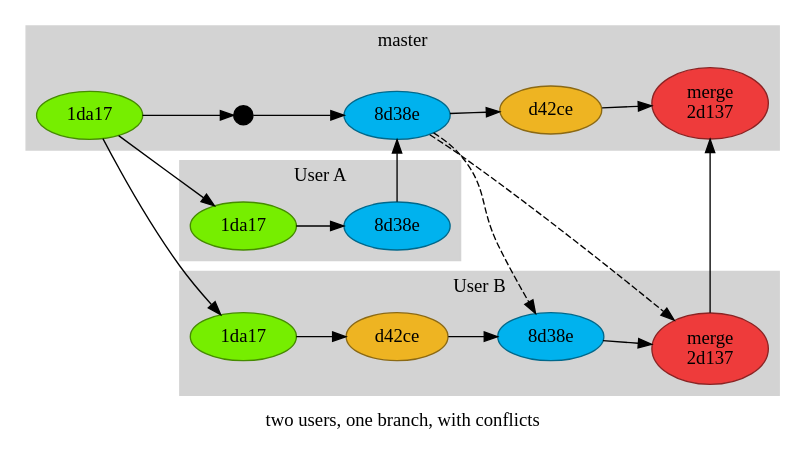
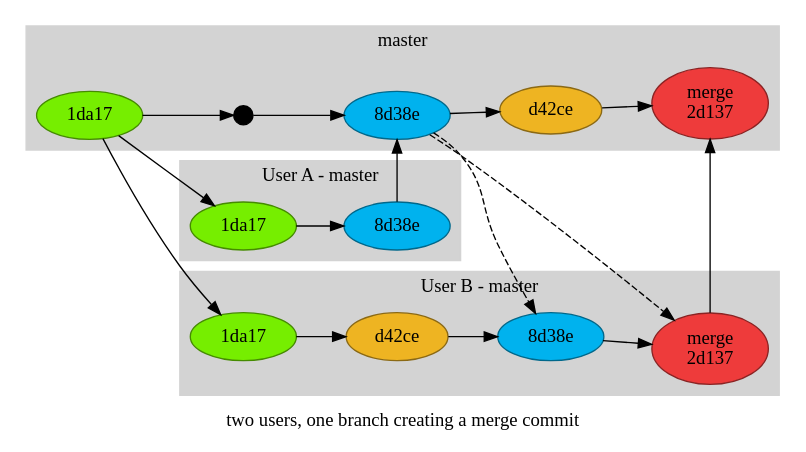
Before and after one commit to 13rac1/talk-git2: the diagram in graphs/incorrect-with-conflict2.dot, drawn with Graphviz. The commit also changed 2 other files, not shown here.

Commit message:
feat: Add example showing rebasing with two feature branches

```diff
--- a/graphs/incorrect-with-conflict2.dot
+++ b/graphs/incorrect-with-conflict2.dot
@@ -1,41 +1,41 @@
 digraph git {
 	rankdir=LR
-	label="two users, one branch, with conflicts"
+	label="two users, one branch creating a merge commit"
 	node [style=filled]
 
 	subgraph cluster_master {
 		label = "master"
 		style=filled
 		color=lightgrey
 
 		m0 -> m1 -> m2 -> m3 -> m4
 		m0 [label="1da17", color=chartreuse4, fillcolor=chartreuse2]
 		m1 [shape=point, height=.2, width=.2]
 		m2 [label="8d38e", color=deepskyblue4, fillcolor=deepskyblue2]
 		m3 [label="d42ce", color=goldenrod4, fillcolor=goldenrod2]
 		m4 [label="merge\n2d137", color=brown4, fillcolor=brown2]
 	}
 	subgraph cluster_0 {
-		label="User A"
+		label="User A - master"
 		style=filled
 		color=lightgrey
 
 		a0 [label="1da17", color=chartreuse4, fillcolor=chartreuse2]
 		a1 [label="8d38e", color=deepskyblue4, fillcolor=deepskyblue2]
 		m0 -> a0 -> a1 -> m2
 
 	}
 	subgraph cluster_1 {
-		label="User B"
+		label="User B - master"
 		style=filled
 		color=lightgrey
 		b0 [label="1da17", color=chartreuse4, fillcolor=chartreuse2]
 		b1 [label="d42ce", color=goldenrod4, fillcolor=goldenrod2]
 		b2 [label="8d38e", color=deepskyblue4, fillcolor=deepskyblue2]
 		b3 [label="merge\n2d137", color=brown4, fillcolor=brown2]
 
 		m0 -> b0 -> b1 -> b2 -> b3 -> m4
 		m2 -> b2 [style=dashed]
 		m2 -> b3 [style=dashed]
 	}
 }
```
